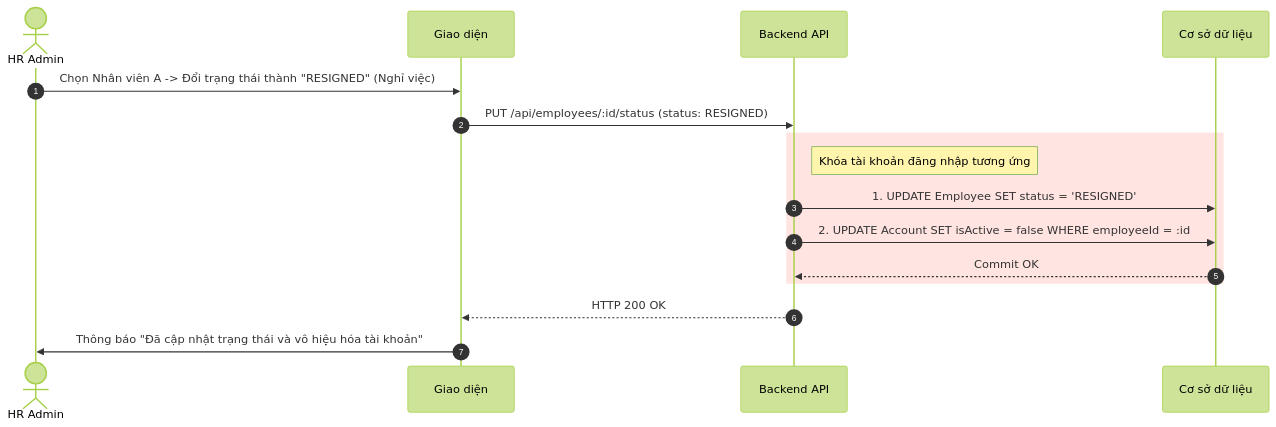
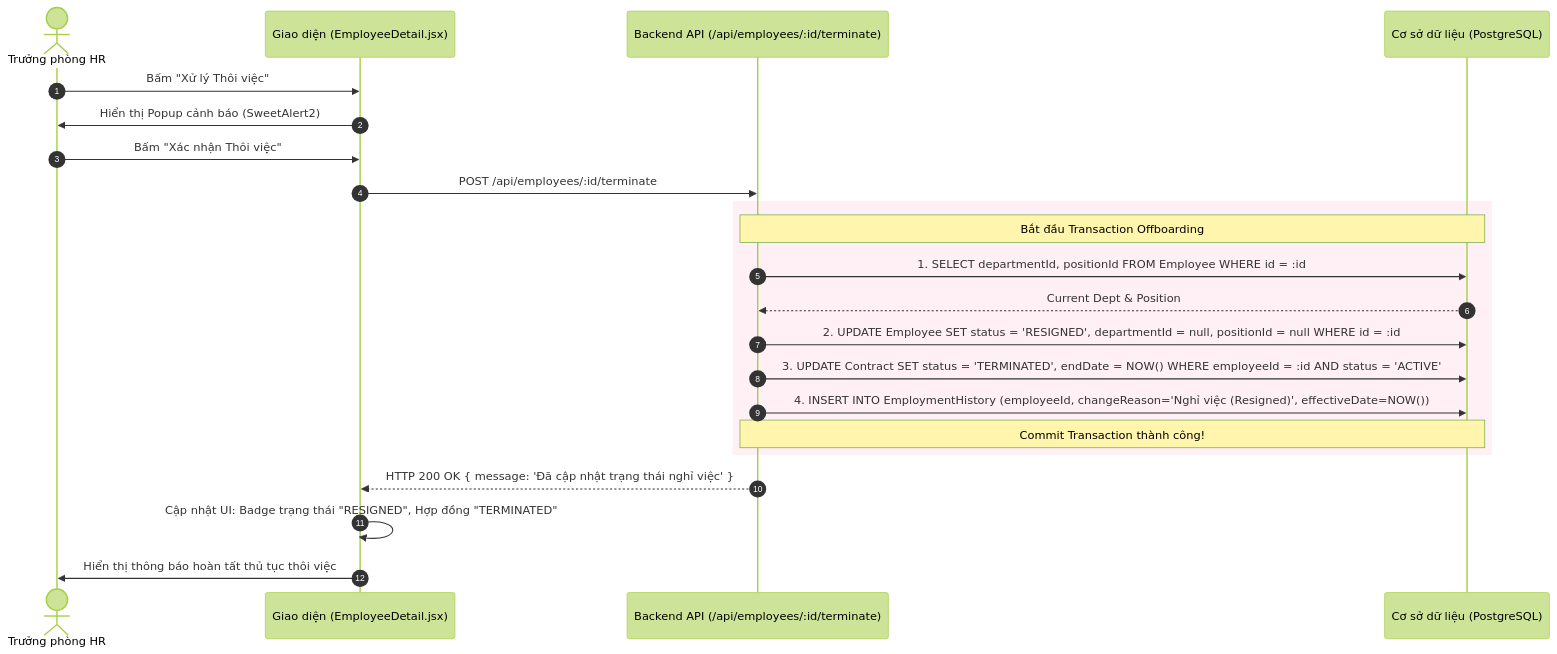
Before and after one commit to aye2710/HRM-DATN: the seventh of 7 diagrams in docs/Tài liệu phân tích nghiệp vụ từng module/Module Core HR/Chuc-nang-Ho-so-Nhan-su.md, drawn with Mermaid (forest theme). The commit also changed other lines of this file and 27 other files, not shown here.

````diff
--- a/docs/Tài liệu phân tích nghiệp vụ từng module/Module Core HR/Chuc-nang-Ho-so-Nhan-su.md
+++ b/docs/Tài liệu phân tích nghiệp vụ từng module/Module Core HR/Chuc-nang-Ho-so-Nhan-su.md
@@ -37,21 +270,29 @@
 ```mermaid
 sequenceDiagram
     autonumber
-    actor HR as HR Admin
-    participant FE as Giao diện
-    participant BE as Backend API
-    participant DB as Cơ sở dữ liệu
+    actor HR as Trưởng phòng HR
+    participant FE as Giao diện (EmployeeDetail.jsx)
+    participant BE as Backend API (/api/employees/:id/terminate)
+    participant DB as Cơ sở dữ liệu (PostgreSQL)
 
-    HR->>FE: Chọn Nhân viên A -> Đổi trạng thái thành "RESIGNED" (Nghỉ việc)
-    FE->>BE: PUT /api/employees/:id/status (status: RESIGNED)
+    HR->>FE: Bấm "Xử lý Thôi việc"
+    FE->>HR: Hiển thị Popup cảnh báo (SweetAlert2)
+    HR->>FE: Bấm "Xác nhận Thôi việc"
     
-    rect rgb(255, 228, 225)
-        note right of BE: Khóa tài khoản đăng nhập tương ứng
-        BE->>DB: 1. UPDATE Employee SET status = 'RESIGNED'
-        BE->>DB: 2. UPDATE Account SET isActive = false WHERE employeeId = :id
-        DB-->>BE: Commit OK
+    FE->>BE: POST /api/employees/:id/terminate
+    
+    rect rgb(255, 240, 245)
+        Note over BE, DB: Bắt đầu Transaction Offboarding
+        BE->>DB: 1. SELECT departmentId, positionId FROM Employee WHERE id = :id
+        DB-->>BE: Current Dept & Position
+        
+        BE->>DB: 2. UPDATE Employee SET status = 'RESIGNED', departmentId = null, positionId = null WHERE id = :id
+        BE->>DB: 3. UPDATE Contract SET status = 'TERMINATED', endDate = NOW() WHERE employeeId = :id AND status = 'ACTIVE'
+        BE->>DB: 4. INSERT INTO EmploymentHistory (employeeId, changeReason='Nghỉ việc (Resigned)', effectiveDate=NOW())
+        Note over BE, DB: Commit Transaction thành công!
     end
     
-    BE-->>FE: HTTP 200 OK
-    FE->>HR: Thông báo "Đã cập nhật trạng thái và vô hiệu hóa tài khoản"
+    BE-->>FE: HTTP 200 OK { message: 'Đã cập nhật trạng thái nghỉ việc' }
+    FE->>FE: Cập nhật UI: Badge trạng thái "RESIGNED", Hợp đồng "TERMINATED"
+    FE->>HR: Hiển thị thông báo hoàn tất thủ tục thôi việc
 ```
````
